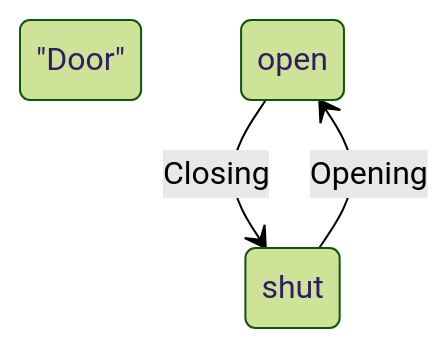
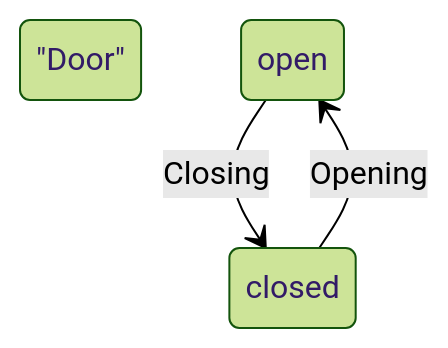
One commit to fletchjp/StateMachine changed the diagram in README.md. Above: the diagram before and after it, drawn with Mermaid (forest theme).

Commit message:
Update README.md
minor edit

````diff
--- a/README.md
+++ b/README.md
@@ -14,6 +14,6 @@
 ``` mermaid
 stateDiagram-v2
   state: "Door"
-  open --> shut : Closing
-  shut --> open : Opening
+  open --> closed : Closing
+  closed --> open : Opening
 ```
````
